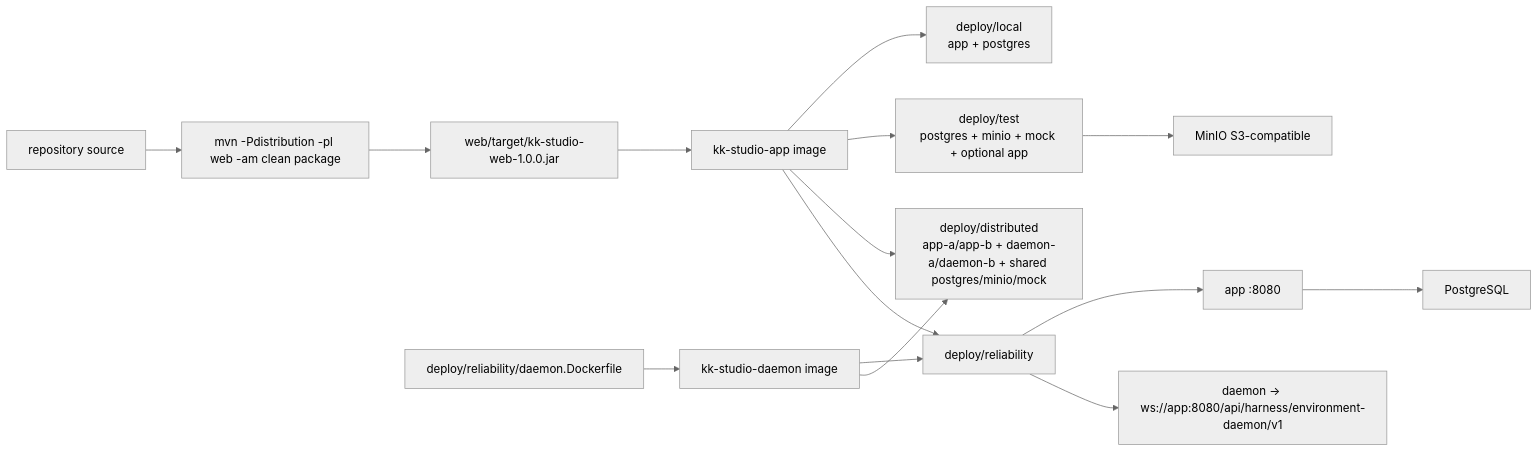
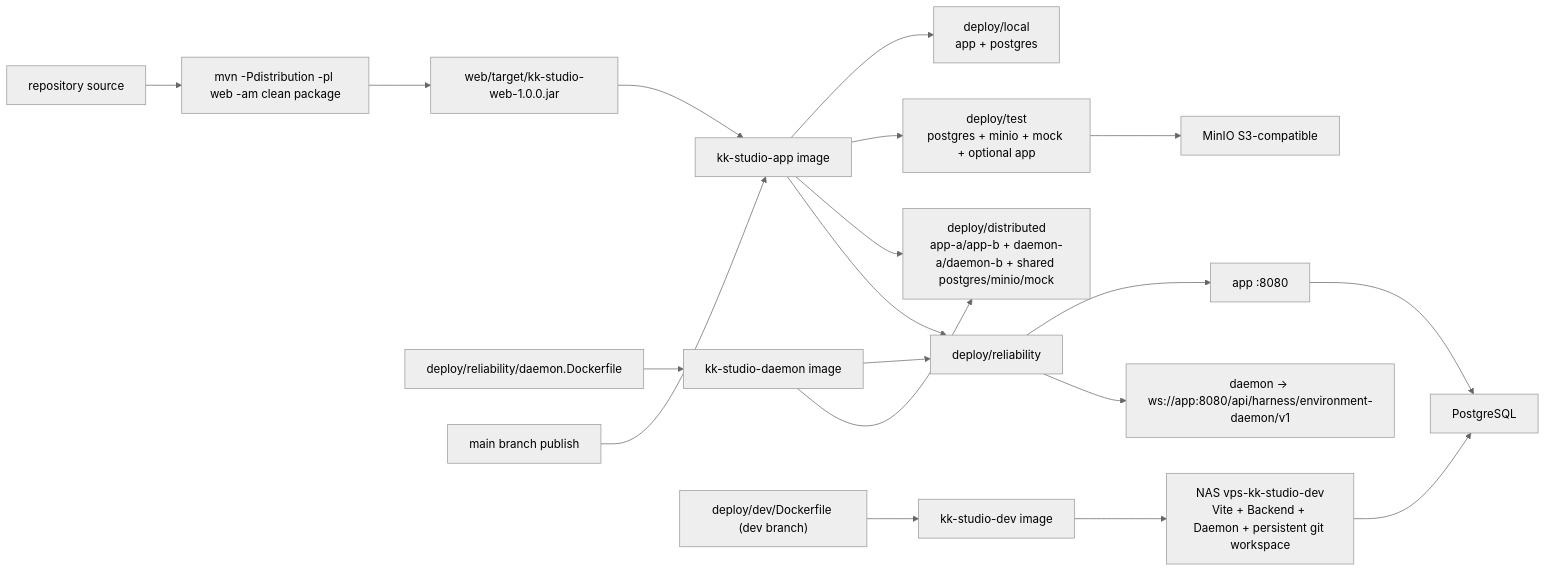
Before and after one commit to fengwk/kk-studio: the diagram in docs/operations/deployment.md, drawn with Mermaid (neutral theme). The commit also changed other lines of this file and 16 other files, not shown here.

Commit message:
feat(deploy): add NAS main and dev node topology

````diff
--- a/docs/operations/deployment.md
+++ b/docs/operations/deployment.md
@@ -32,17 +32,21 @@
 ```mermaid
 flowchart LR
   Source["repository source"] --> Maven["mvn -Pdistribution -pl web -am clean package"]
   Maven --> Jar["web/target/kk-studio-web-1.0.0.jar"]
   Jar --> AppImage["kk-studio-app image"]
   AppImage --> Local["deploy/local<br/>app + postgres"]
   AppImage --> Test["deploy/test<br/>postgres + minio + mock + optional app"]
   AppImage --> Distributed["deploy/distributed<br/>app-a/app-b + daemon-a/daemon-b + shared postgres/minio/mock"]
   DaemonBuild["deploy/reliability/daemon.Dockerfile"] --> DaemonImage["kk-studio-daemon image"]
   AppImage --> Reliability["deploy/reliability"]
   DaemonImage --> Reliability
   DaemonImage --> Distributed
+  Publish["main branch publish"] --> AppImage
+  DevBuild["deploy/dev/Dockerfile (dev branch)"] --> DevImage["kk-studio-dev image"]
+  DevImage --> DevNode["NAS vps-kk-studio-dev<br/>Vite + Backend + Daemon + persistent git workspace"]
   Reliability --> App["app :8080"]
   Reliability --> Daemon["daemon -> ws://app:8080/api/harness/environment-daemon/v1"]
   App --> PG["PostgreSQL"]
   Test --> S3["MinIO S3-compatible"]
+  DevNode --> PG
 ```
````
